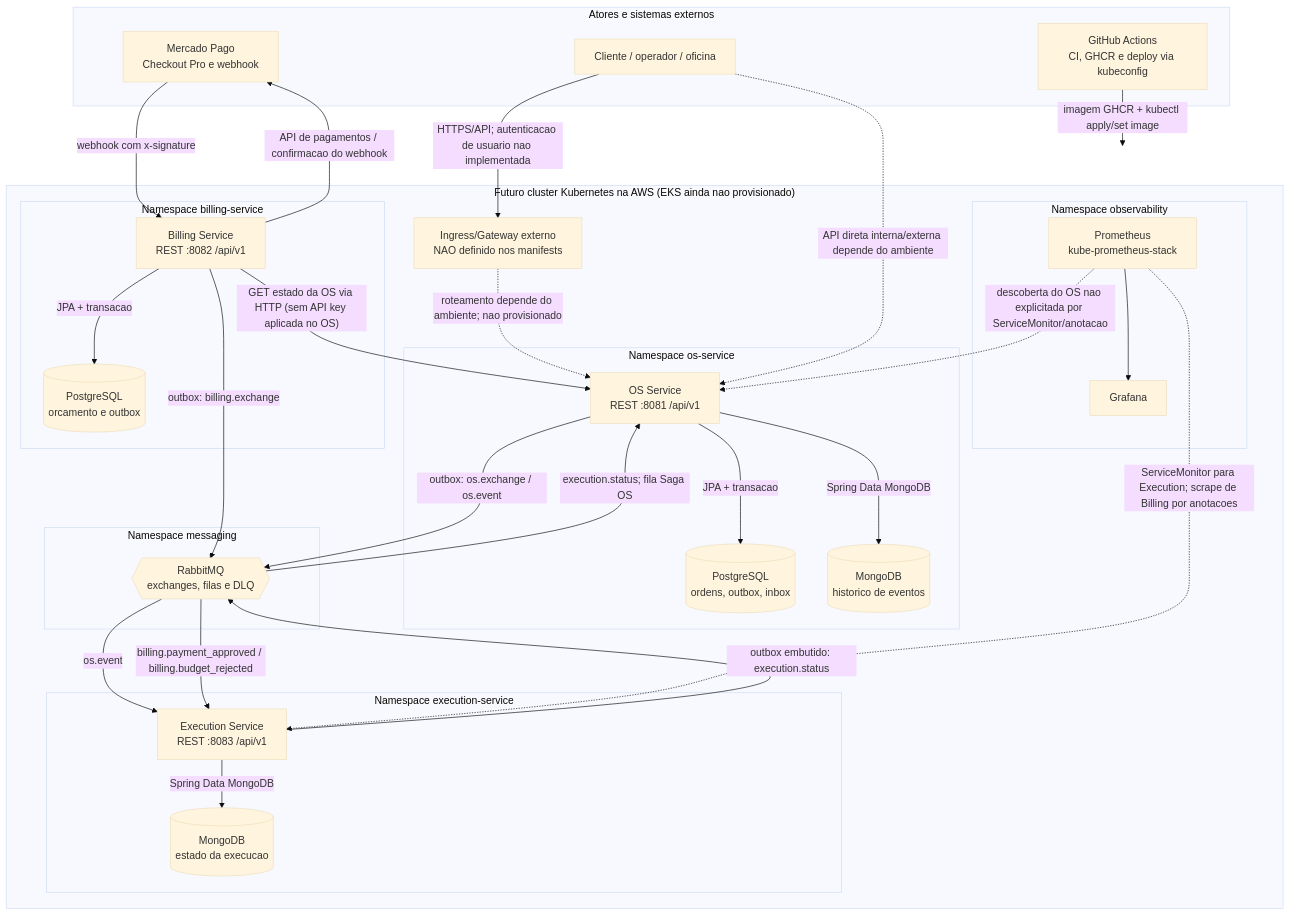
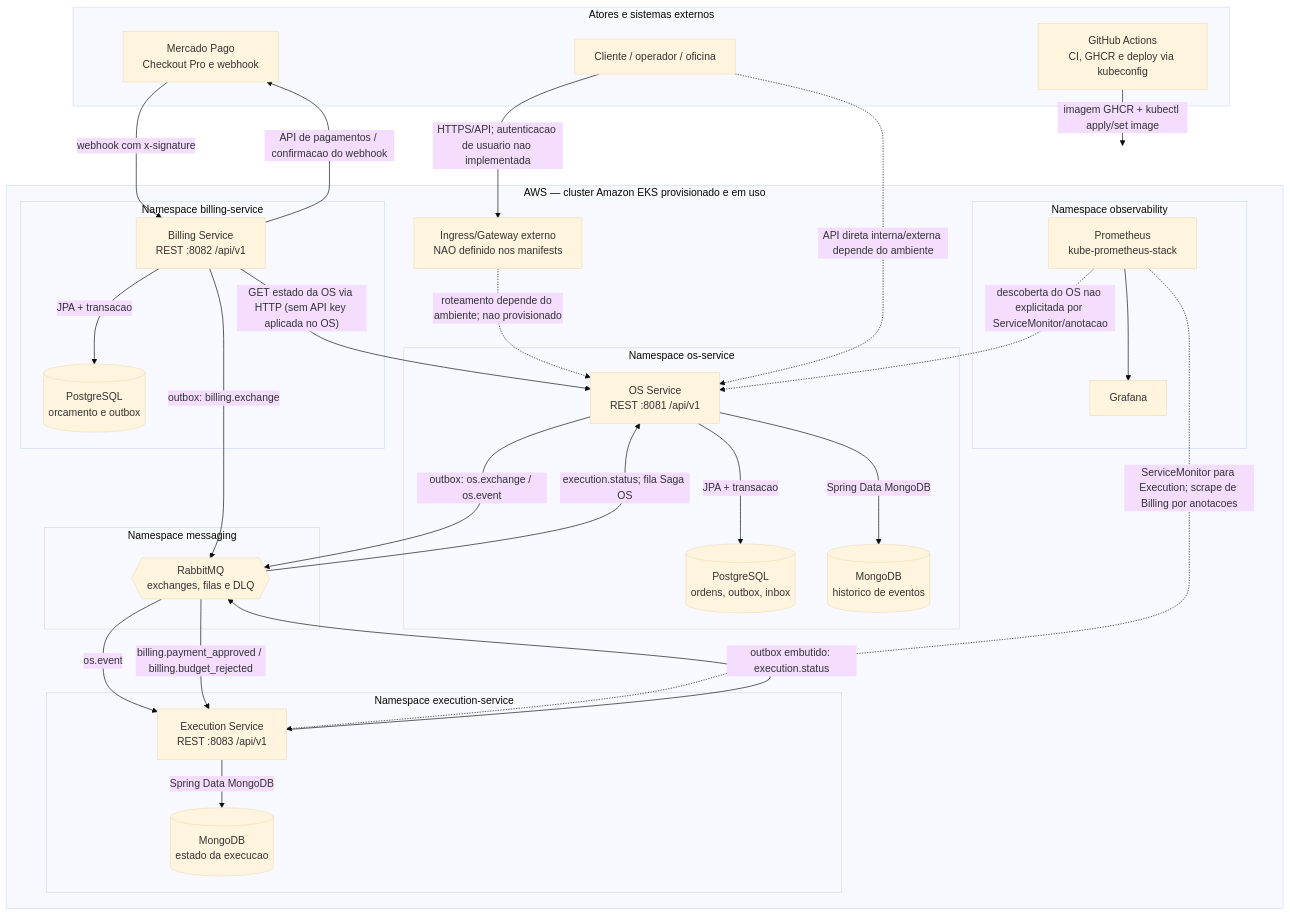
The first of 3 diagrams in docs/architecture/architecture.md (Michael-Santana/tech-challenge-infrastructure), drawn with Mermaid (base theme) before and after one commit. The commit also changed other lines of this file and 3 other files, not shown here.

First line of the commit message:
Document provisioned AWS EKS environment

````diff
--- a/docs/architecture/architecture.md
+++ b/docs/architecture/architecture.md
@@ -19,53 +21,53 @@
 ```mermaid
 flowchart TB
   subgraph users["Atores e sistemas externos"]
     Client["Cliente / operador / oficina"]
     MP["Mercado Pago<br/>Checkout Pro e webhook"]
     GH["GitHub Actions<br/>CI, GHCR e deploy via kubeconfig"]
   end
 
-  subgraph k8s["Futuro cluster Kubernetes na AWS (EKS ainda nao provisionado)"]
+  subgraph k8s["AWS — cluster Amazon EKS provisionado e em uso"]
     subgraph osns["Namespace os-service"]
       OSAPI["OS Service<br/>REST :8081 /api/v1"]
       OSPG[("PostgreSQL<br/>ordens, outbox, inbox")]
       OSMongo[("MongoDB<br/>historico de eventos")]
     end
     subgraph billns["Namespace billing-service"]
       BILL["Billing Service<br/>REST :8082 /api/v1"]
       BILLPG[("PostgreSQL<br/>orcamento e outbox")]
     end
     subgraph exns["Namespace execution-service"]
       EXEC["Execution Service<br/>REST :8083 /api/v1"]
       EXMongo[("MongoDB<br/>estado da execucao")]
     end
     subgraph msgns["Namespace messaging"]
       RMQ{{"RabbitMQ<br/>exchanges, filas e DLQ"}}
     end
     subgraph obsns["Namespace observability"]
       PROM["Prometheus<br/>kube-prometheus-stack"]
       GRAF["Grafana"]
     end
     INGRESS["Ingress/Gateway externo<br/>NAO definido nos manifests"]
   end
 
   Client -->|"HTTPS/API; autenticacao de usuario nao implementada"| INGRESS
   INGRESS -. "roteamento depende do ambiente; nao provisionado" .-> OSAPI
   Client -. "API direta interna/externa depende do ambiente" .-> OSAPI
   OSAPI -->|"JPA + transacao"| OSPG
   OSAPI -->|"Spring Data MongoDB"| OSMongo
   BILL -->|"JPA + transacao"| BILLPG
   EXEC -->|"Spring Data MongoDB"| EXMongo
   OSAPI -->|"outbox: os.exchange / os.event"| RMQ
   RMQ -->|"os.event"| EXEC
   BILL -->|"outbox: billing.exchange"| RMQ
   RMQ -->|"billing.payment_approved / billing.budget_rejected"| EXEC
   EXEC -->|"outbox embutido: execution.status"| RMQ
   RMQ -->|"execution.status; fila Saga OS"| OSAPI
   BILL -->|"GET estado da OS via HTTP (sem API key aplicada no OS)"| OSAPI
   BILL -->|"API de pagamentos / confirmacao do webhook"| MP
   MP -->|"webhook com x-signature"| BILL
   GH -->|"imagem GHCR + kubectl apply/set image"| k8s
   PROM -. "ServiceMonitor para Execution; scrape de Billing por anotacoes" .-> EXEC
   PROM -. "descoberta do OS nao explicitada por ServiceMonitor/anotacao" .-> OSAPI
   PROM --> GRAF
 ```
````
